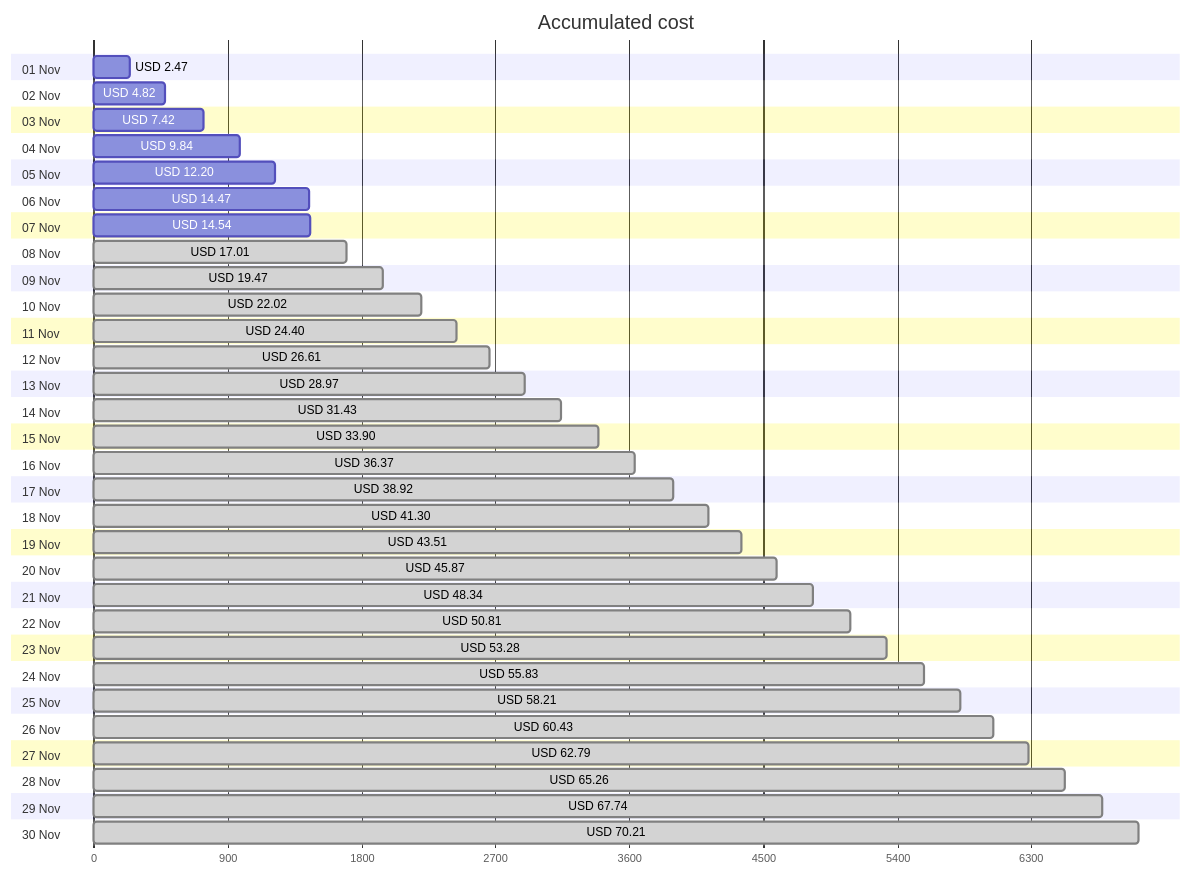
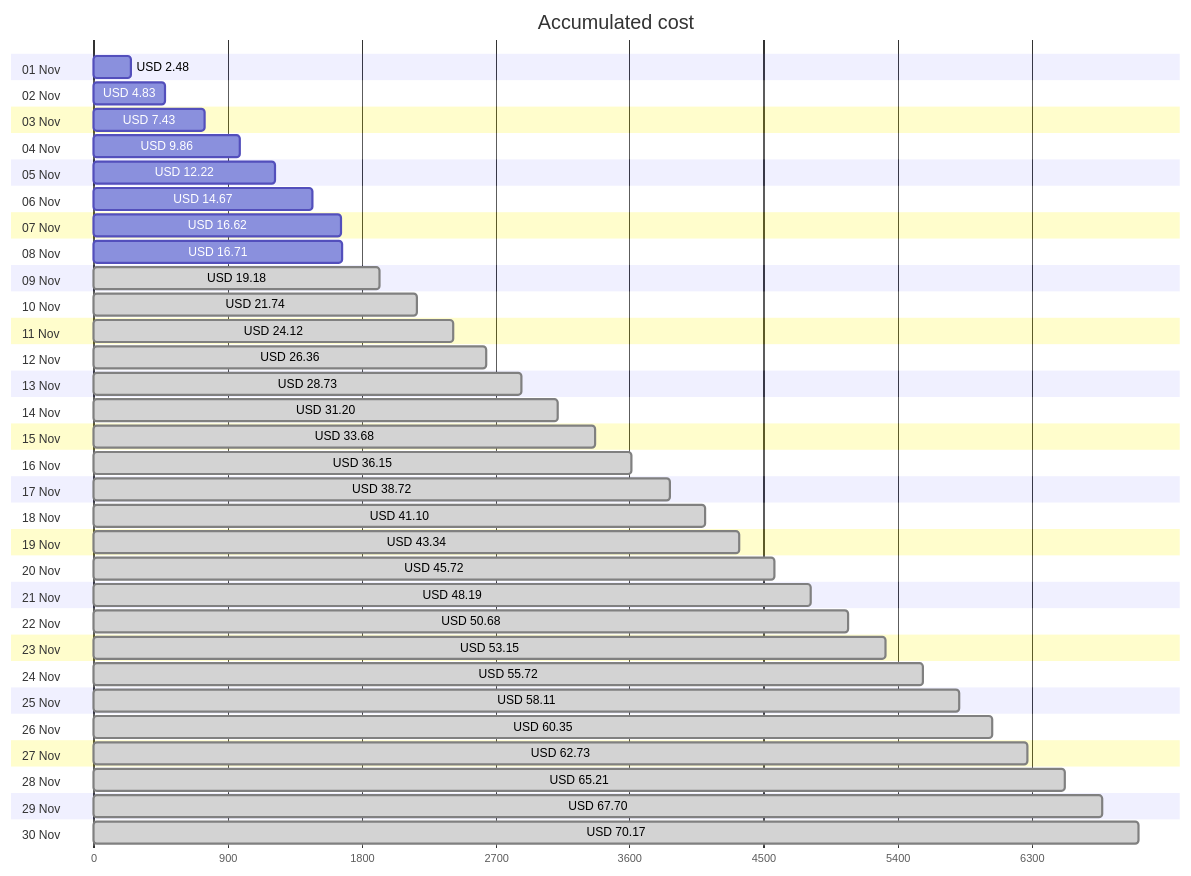
Before and after one commit to jpfulton/azure-personal-reports: the first of 4 diagrams in cost-reports/accumulated-cost.md, drawn with Mermaid. The commit also changed other lines of this file and 4 other files, not shown here.

````diff
--- a/cost-reports/accumulated-cost.md
+++ b/cost-reports/accumulated-cost.md
@@ -20,66 +20,66 @@
 ```mermaid
 gantt
    title Accumulated cost
    dateFormat  X
    axisFormat %s
    section 01 Nov
-   USD 2.47 :0, 247
+   USD 2.48 :0, 248
    section 02 Nov
-   USD 4.82 :0, 482
+   USD 4.83 :0, 483
    section 03 Nov
-   USD 7.42 :0, 742
+   USD 7.43 :0, 743
    section 04 Nov
-   USD 9.84 :0, 984
+   USD 9.86 :0, 986
    section 05 Nov
-   USD 12.20 :0, 1220
+   USD 12.22 :0, 1222
    section 06 Nov
-   USD 14.47 :0, 1447
+   USD 14.67 :0, 1467
    section 07 Nov
-   USD 14.54 :0, 1454
+   USD 16.62 :0, 1662
    section 08 Nov
-   USD 17.01 : done, 0, 1701
+   USD 16.71 :0, 1671
    section 09 Nov
-   USD 19.47 : done, 0, 1947
+   USD 19.18 : done, 0, 1918
    section 10 Nov
-   USD 22.02 : done, 0, 2202
+   USD 21.74 : done, 0, 2174
    section 11 Nov
-   USD 24.40 : done, 0, 2440
+   USD 24.12 : done, 0, 2412
    section 12 Nov
-   USD 26.61 : done, 0, 2661
+   USD 26.36 : done, 0, 2636
    section 13 Nov
-   USD 28.97 : done, 0, 2897
+   USD 28.73 : done, 0, 2873
    section 14 Nov
-   USD 31.43 : done, 0, 3143
+   USD 31.20 : done, 0, 3120
    section 15 Nov
-   USD 33.90 : done, 0, 3390
+   USD 33.68 : done, 0, 3368
    section 16 Nov
-   USD 36.37 : done, 0, 3637
+   USD 36.15 : done, 0, 3615
    section 17 Nov
-   USD 38.92 : done, 0, 3892
+   USD 38.72 : done, 0, 3872
    section 18 Nov
-   USD 41.30 : done, 0, 4130
+   USD 41.10 : done, 0, 4110
    section 19 Nov
-   USD 43.51 : done, 0, 4351
+   USD 43.34 : done, 0, 4334
    section 20 Nov
-   USD 45.87 : done, 0, 4587
+   USD 45.72 : done, 0, 4572
    section 21 Nov
-   USD 48.34 : done, 0, 4834
+   USD 48.19 : done, 0, 4819
    section 22 Nov
-   USD 50.81 : done, 0, 5081
+   USD 50.68 : done, 0, 5068
    section 23 Nov
-   USD 53.28 : done, 0, 5328
+   USD 53.15 : done, 0, 5315
    section 24 Nov
-   USD 55.83 : done, 0, 5583
+   USD 55.72 : done, 0, 5572
    section 25 Nov
-   USD 58.21 : done, 0, 5821
+   USD 58.11 : done, 0, 5811
    section 26 Nov
-   USD 60.43 : done, 0, 6043
+   USD 60.35 : done, 0, 6035
    section 27 Nov
-   USD 62.79 : done, 0, 6279
+   USD 62.73 : done, 0, 6273
    section 28 Nov
-   USD 65.26 : done, 0, 6526
+   USD 65.21 : done, 0, 6521
    section 29 Nov
-   USD 67.74 : done, 0, 6774
+   USD 67.70 : done, 0, 6770
    section 30 Nov
-   USD 70.21 : done, 0, 7021
+   USD 70.17 : done, 0, 7017
 ```
````
